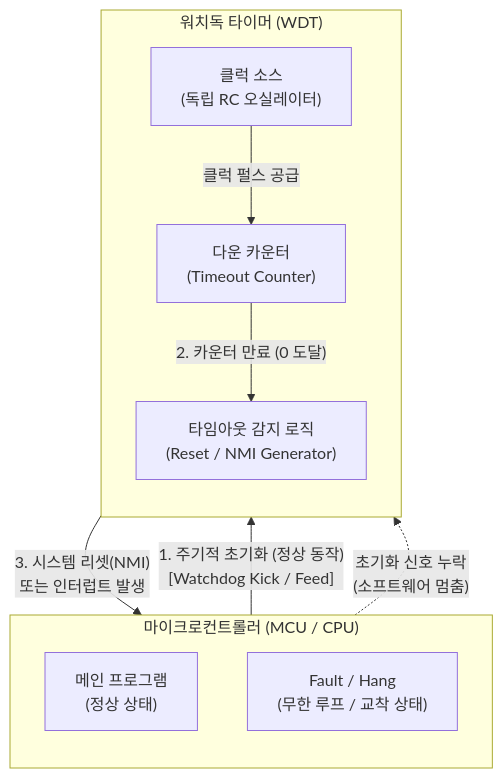
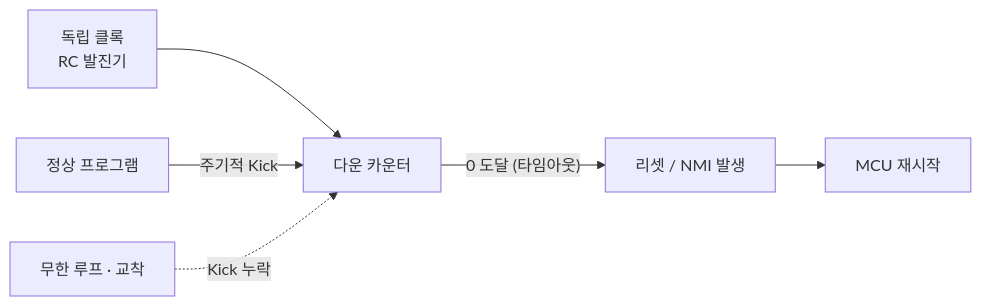
Before and after one commit to supremethumb/supremethumb.github.io: the diagram in content/01_IT Tech/워치독 타이머.md, drawn with Mermaid. The commit also changed other lines of this file and 1087 other files, not shown here.

````diff
--- a/content/01_IT Tech/워치독 타이머.md
+++ b/content/01_IT Tech/워치독 타이머.md
@@ -23,23 +35,8 @@
 ```mermaid
-flowchart TD
-    subgraph MCU["마이크로컨트롤러 (MCU / CPU)"]
-        direction TB
-        Program["메인 프로그램<br/>(정상 상태)"]
-        Exception["Fault / Hang<br/>(무한 루프 / 교착 상태)"]
-    end
-
-    subgraph WDT["워치독 타이머 (WDT)"]
-        direction TB
-        Clock["클럭 소스<br/>(독립 RC 오실레이터)"]
-        Counter["다운 카운터<br/>(Timeout Counter)"]
-        ResetLogic["타임아웃 감지 로직<br/>(Reset / NMI Generator)"]
-        
-        Clock -- "클럭 펄스 공급" --> Counter
-        Counter -- "2. 카운터 만료 (0 도달)" --> ResetLogic
-    end
-
-    Program -- "1. 주기적 초기화 (정상 동작)<br/>[Watchdog Kick / Feed]" --> Counter
-    Exception -. "초기화 신호 누락<br/>(소프트웨어 멈춤)" .-> Counter
-    ResetLogic -- "3. 시스템 리셋(NMI)<br/>또는 인터럽트 발생" --> MCU
-
+flowchart LR
+    CLK["독립 클록<br/>RC 발진기"] --> CNT["다운 카운터"]
+    SW["정상 프로그램"] -- "주기적 Kick" --> CNT
+    HANG["무한 루프 · 교착"] -. "Kick 누락" .-> CNT
+    CNT -- "0 도달 (타임아웃)" --> RST["리셋 / NMI 발생"]
+    RST --> MCU["MCU 재시작"]
 ```
````
